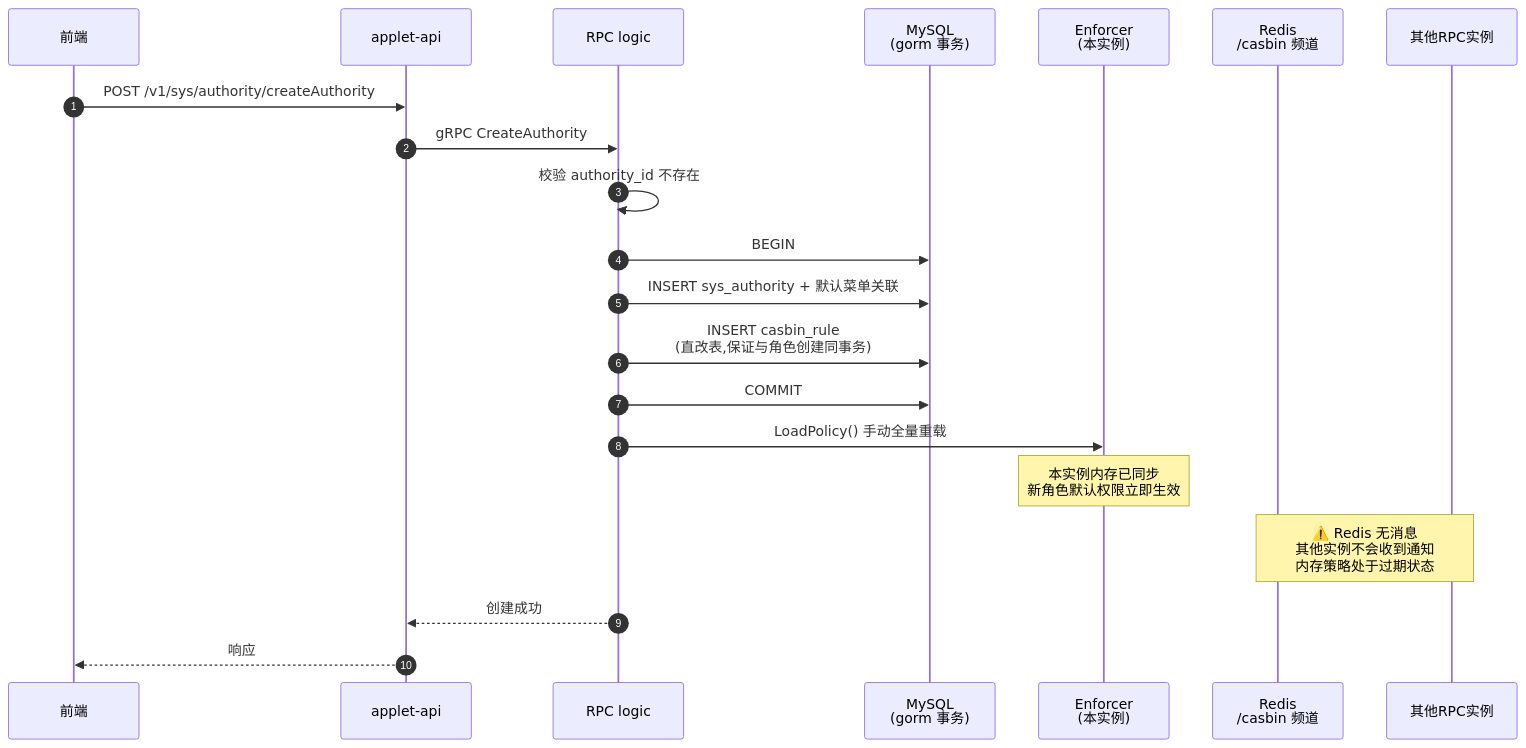
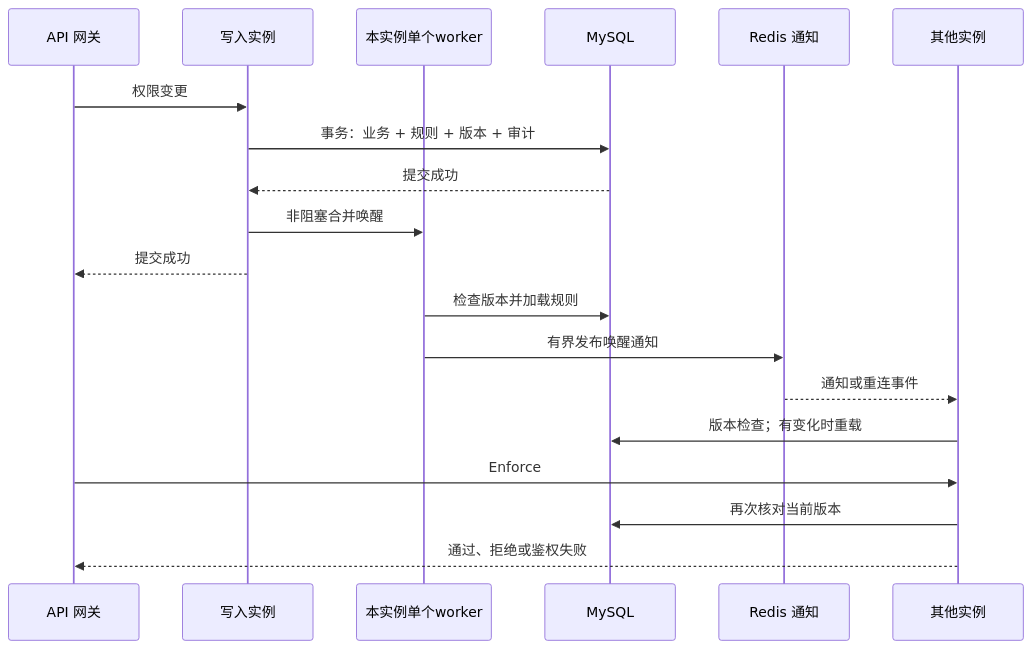
One commit to yh-zero/go-zero-admin changed the diagram in data/doc/casbin-policy-write-path.md. Above: the diagram before and after it, drawn with Mermaid. The commit also changed other lines of this file and 218 other files, not shown here.

````diff
--- a/data/doc/casbin-policy-write-path.md
+++ b/data/doc/casbin-policy-write-path.md
@@ -100,26 +33,21 @@
 ```mermaid
 sequenceDiagram
-    autonumber
-    participant C as 前端
-    participant A as applet-api
-    participant L as RPC logic
-    participant DB as MySQL<br/>(gorm 事务)
-    participant E as Enforcer<br/>(本实例)
-    participant R as Redis<br/>/casbin 频道
-    participant E2 as 其他RPC实例
-
-    C->>A: POST /v1/sys/authority/createAuthority
-    A->>L: gRPC CreateAuthority
-    L->>L: 校验 authority_id 不存在
-
-    L->>DB: BEGIN
-    L->>DB: INSERT sys_authority + 默认菜单关联
-    L->>DB: INSERT casbin_rule<br/>(直改表,保证与角色创建同事务)
-    L->>DB: COMMIT
-
-    L->>E: LoadPolicy() 手动全量重载
-    Note over E: 本实例内存已同步<br/>新角色默认权限立即生效
-    Note over R,E2: ⚠️ Redis 无消息<br/>其他实例不会收到通知<br/>内存策略处于过期状态
-    L-->>A: 创建成功
-    A-->>C: 响应
+    participant API as API 网关
+    participant RPC1 as 写入实例
+    participant Worker as 本实例单个worker
+    participant DB as MySQL
+    participant Redis as Redis 通知
+    participant RPC2 as 其他实例
+    API->>RPC1: 权限变更
+    RPC1->>DB: 事务：业务 + 规则 + 版本 + 审计
+    DB-->>RPC1: 提交成功
+    RPC1->>Worker: 非阻塞合并唤醒
+    RPC1-->>API: 提交成功
+    Worker->>DB: 检查版本并加载规则
+    Worker->>Redis: 有界发布唤醒通知
+    Redis-->>RPC2: 通知或重连事件
+    RPC2->>DB: 版本检查；有变化时重载
+    API->>RPC2: Enforce
+    RPC2->>DB: 再次核对当前版本
+    RPC2-->>API: 通过、拒绝或鉴权失败
 ```
````
